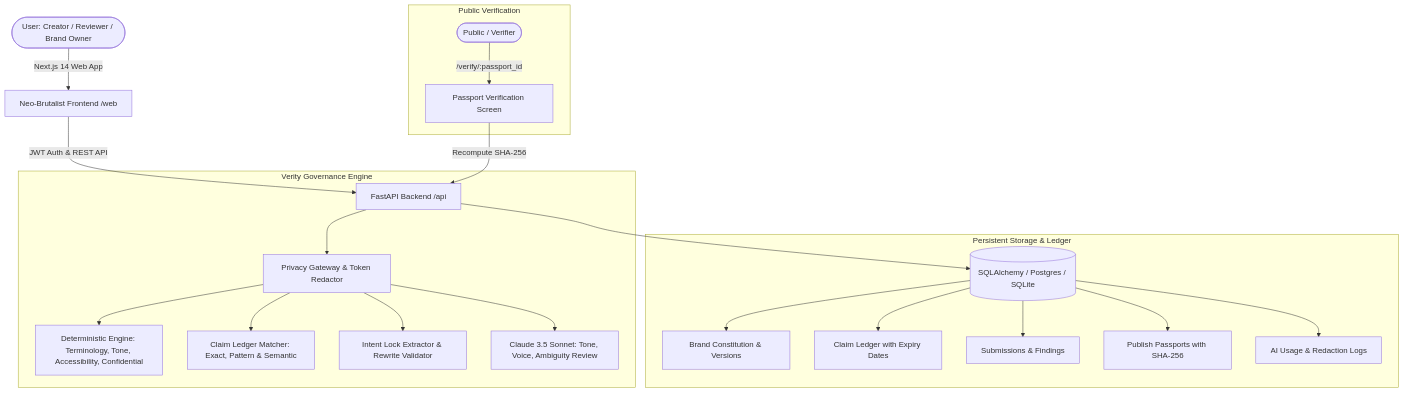
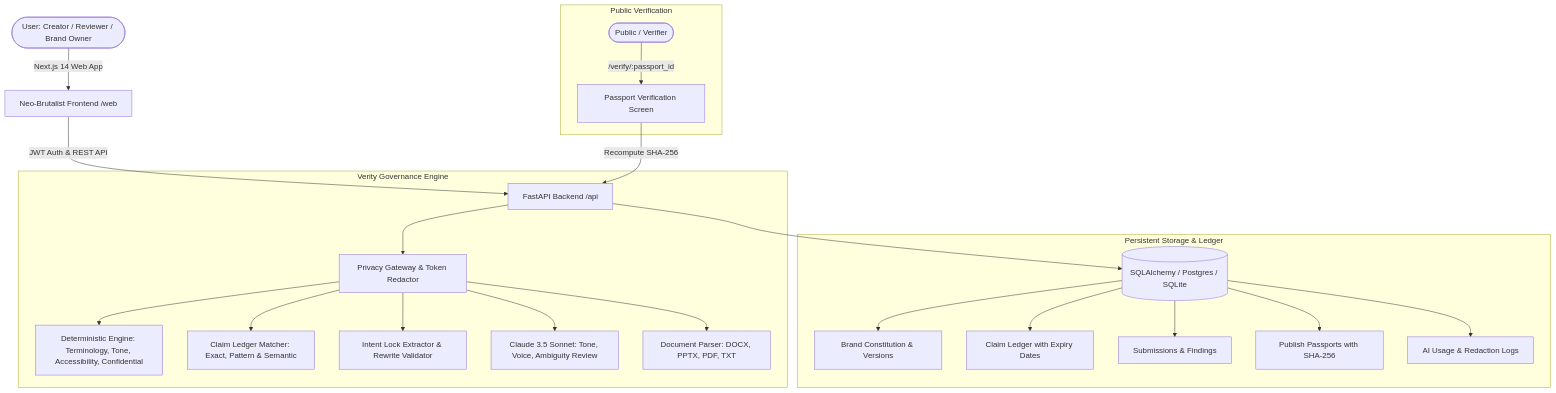
The diagram in docs/ARCHITECTURE.md (AstroNewz/VERITY), drawn with Mermaid before and after one commit. The commit also changed other lines of this file, not shown here.

Commit message:
docs: update implementation plan and architecture record with 100% completion status

````diff
--- a/docs/ARCHITECTURE.md
+++ b/docs/ARCHITECTURE.md
@@ -10,27 +12,28 @@
 ```mermaid
 graph TD
     User([User: Creator / Reviewer / Brand Owner]) -->|Next.js 14 Web App| UI[Neo-Brutalist Frontend /web]
     UI -->|JWT Auth & REST API| API[FastAPI Backend /api]
     
     subgraph Engine [Verity Governance Engine]
         API --> Privacy[Privacy Gateway & Token Redactor]
         Privacy --> DetCheck[Deterministic Engine: Terminology, Tone, Accessibility, Confidential]
         Privacy --> LedgerMatch[Claim Ledger Matcher: Exact, Pattern & Semantic]
         Privacy --> IntentLock[Intent Lock Extractor & Rewrite Validator]
         Privacy --> ClaudeAI[Claude 3.5 Sonnet: Tone, Voice, Ambiguity Review]
+        Privacy --> DocParser[Document Parser: DOCX, PPTX, PDF, TXT]
     end
     
     subgraph Data [Persistent Storage & Ledger]
         API --> DB[(SQLAlchemy / Postgres / SQLite)]
         DB --> Rules[Brand Constitution & Versions]
         DB --> Claims[Claim Ledger with Expiry Dates]
         DB --> Submissions[Submissions & Findings]
         DB --> Passports[Publish Passports with SHA-256]
         DB --> Audit[AI Usage & Redaction Logs]
     end
     
     subgraph Verification [Public Verification]
         Public([Public / Verifier]) -->|/verify/:passport_id| VerifyUI[Passport Verification Screen]
         VerifyUI -->|Recompute SHA-256| API
     end
 ```
````
